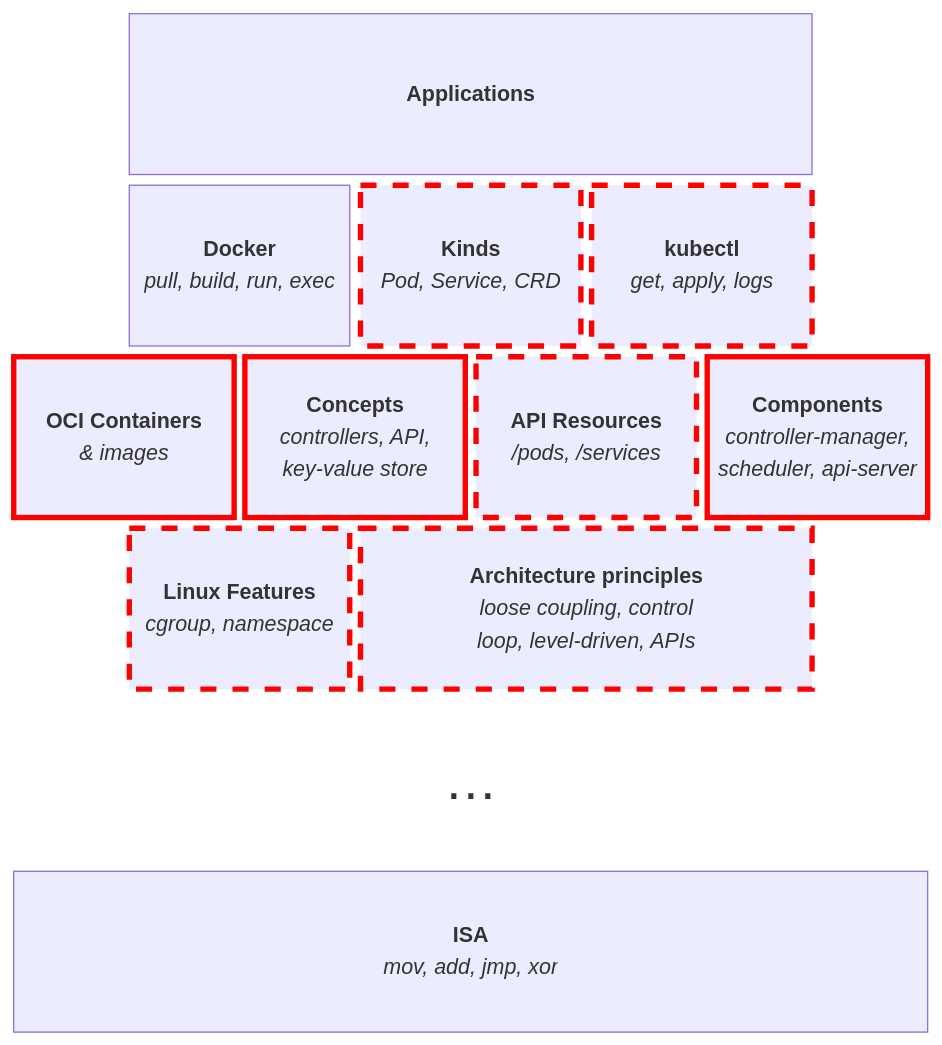
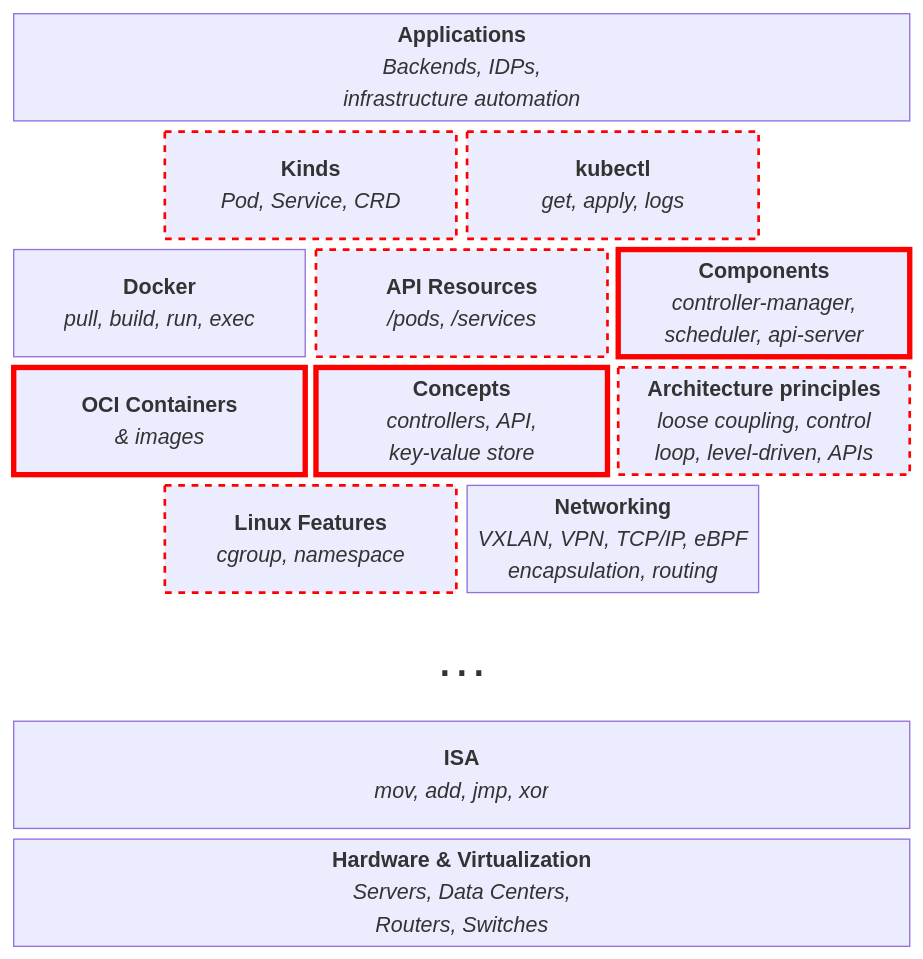
The first of 2 diagrams in tlak/slides.md (ndrpnt/slides), drawn with Mermaid before and after one commit. The commit also changed other lines of this file, not shown here.

````diff
--- a/tlak/slides.md
+++ b/tlak/slides.md
@@ -119,42 +131,39 @@
-```mermaid
+```mermaid {scale: 0.68}
 block-beta
-  columns 8
+  columns 6
 
-  space:1
-  applications["<b>Applications</b></br><em></em>"]:6
-  space:1
+  applications["<b>Applications</b></br><em>Backends, IDPs,</br>infrastructure automation</em>"]:6
 
-  space:1
-  docker["<b>Docker</b></br><em>pull, build, run, exec</em>"]:2
+  space
   kind["<b>Kinds</b></br><em>Pod, Service, CRD</em>"]:2
   kubectl["<b>kubectl</b></br><em>get, apply, logs</em>"]:2
-  space:1
+  space
+
+  docker["<b>Docker</b></br><em>pull, build, run, exec</em>"]:2
+  resources["<b>API Resources</b></br><em>/pods, /services</em>"]:2
+  components["<b>Components</b></br><em>controller-manager,</br>scheduler, api-server</em>"]:2
 
   oci["<b>OCI Containers</b></br><em>& images</em>"]:2
   concepts["<b>Concepts</b></br><em>controllers, API,</br>key-value store</em>"]:2
-  resources["<b>API Resources</b></br><em>/pods, /services</em>"]:2
-  components["<b>Components</b></br><em>controller-manager,</br>scheduler, api-server</em>"]:2
+  architecture["<b>Architecture principles</b></br><em>loose coupling, control</br>loop, level-driven, APIs</em>"]:2
 
-  space:1
+  space
   linux["<b>Linux Features</b></br><em>cgroup, namespace</em>"]:2
-  architecture["<b>Architecture principles</b></br><em>loose coupling, control</br>loop, level-driven, APIs</em>"]:4
-  space:1
+  network["<b>Networking</b></br><em>VXLAN, VPN, TCP/IP, eBPF</br>encapsulation, routing</em>"]:2
+  space
 
-  space:3
-  void["…"]:2
-  space:3
+  void["…"]:6
 
-  isa["<b>ISA</b></br><em>mov, add, jmp, xor</em>"]:8
+  isa["<b>ISA</b></br><em>mov, add, jmp, xor</em>"]:6
+
+  hardware["<b>Hardware & Virtualization</b></br><em>Servers, Data Centers,</br>Routers, Switches</em>"]:6
 
   classDef void fill:none,stroke-width:0,font-size:40px
   class void void
-
-  classDef base height:120px
-  class applications,docker,kind,kubectl,oci,concepts,components,resources,linux,architecture,isa base
-
+  classDef base
+  class applications,docker,kind,kubectl,oci,concepts,components,resources,linux,network,architecture,isa,hardware base
   classDef covered stroke:#f00,stroke-width:4px
   class oci,concepts,components covered
-
-  classDef mentioned stroke:#f00,stroke-width:4px,stroke-dasharray: 12
+  classDef mentioned stroke:#f00,stroke-width:2px,stroke-dasharray: 5
   class kind,kubectl,resources,linux,architecture mentioned
 ```
````
